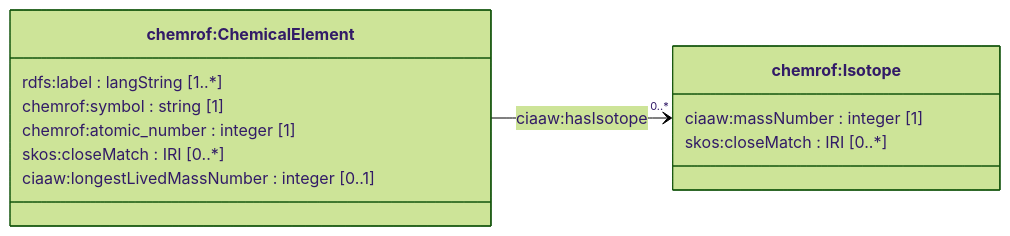
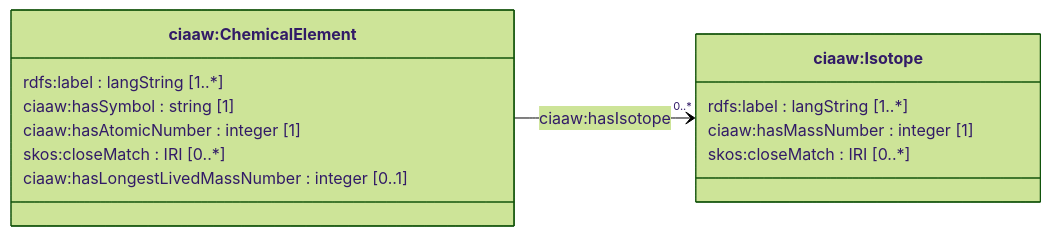
The second of 9 diagrams in model/diagrams.md (HendrikBorgelt/Draft_for_IUPAC_CIAAW-Isotopic-Abundances-and-Atomic-Weights), drawn with Mermaid (forest theme) before and after one commit. The commit also changed other lines of this file and 51 other files, not shown here.

````diff
--- a/model/diagrams.md
+++ b/model/diagrams.md
@@ -52,16 +46,17 @@
 ```mermaid
 classDiagram
     direction LR
-    class Element["chemrof:ChemicalElement"] {
+    class Element["ciaaw:ChemicalElement"] {
         rdfs:label : langString [1..*]
-        chemrof:symbol : string [1]
-        chemrof:atomic_number : integer [1]
+        ciaaw:hasSymbol : string [1]
+        ciaaw:hasAtomicNumber : integer [1]
         skos:closeMatch : IRI [0..*]
-        ciaaw:longestLivedMassNumber : integer [0..1]
+        ciaaw:hasLongestLivedMassNumber : integer [0..1]
     }
-    class Isotope["chemrof:Isotope"] {
-        ciaaw:massNumber : integer [1]
+    class Isotope["ciaaw:Isotope"] {
+        rdfs:label : langString [1..*]
+        ciaaw:hasMassNumber : integer [1]
         skos:closeMatch : IRI [0..*]
     }
     Element --> "0..*" Isotope : ciaaw#58;hasIsotope
 ```
````
